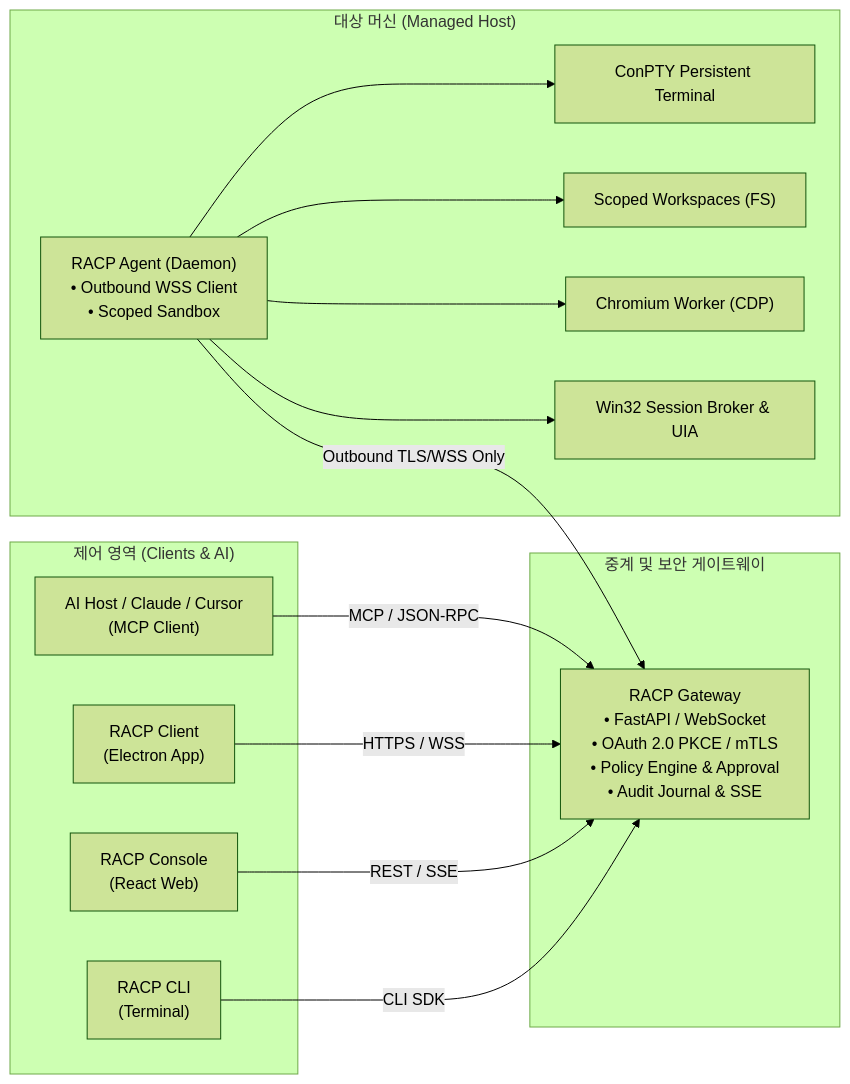
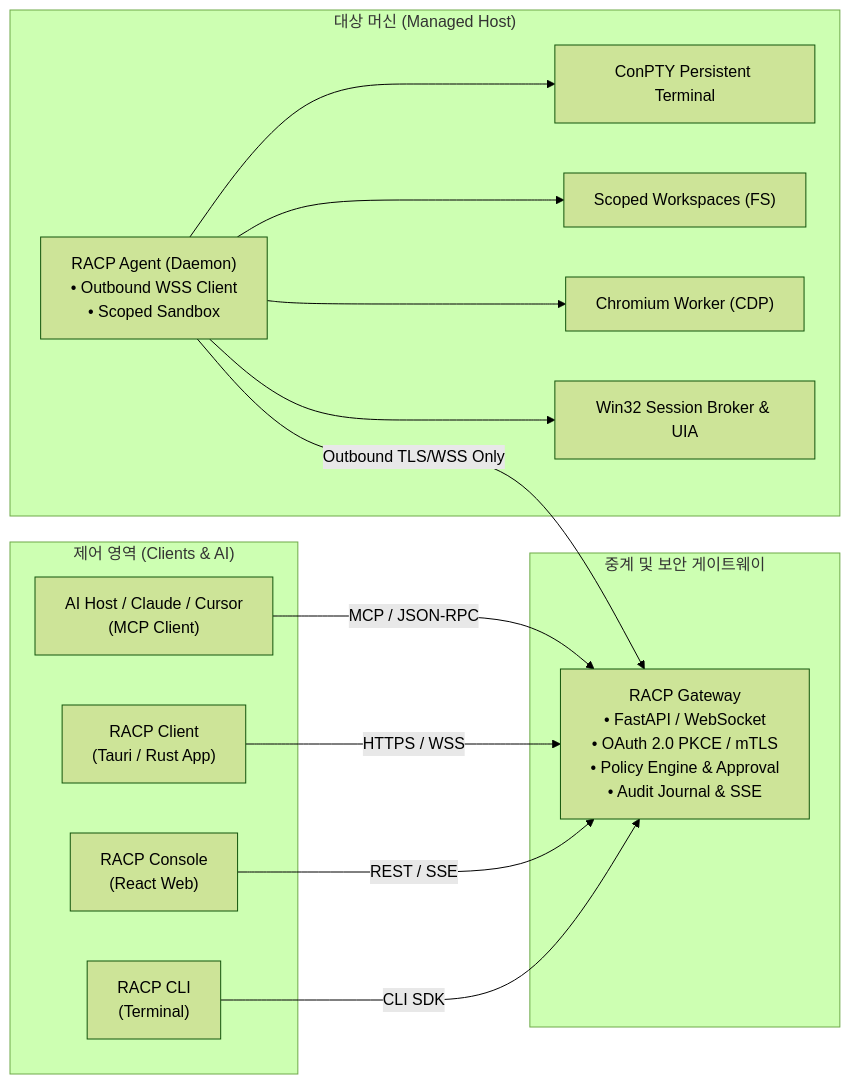
One commit to tlsdbcjs/Remote-Desktop-Commander changed the diagram in README.md. Above: the diagram before and after it, drawn with Mermaid (forest theme). The commit also changed other lines of this file and 205 other files, not shown here.

Commit message:
refactor(client): retire Python Agent and Electron runtime after Rust migration

````diff
--- a/README.md
+++ b/README.md
@@ -57,32 +58,32 @@
 ```mermaid
 flowchart LR
     subgraph ControlPlane["제어 영역 (Clients & AI)"]
         AI["AI Host / Claude / Cursor<br/>(MCP Client)"]
-        GUI["RACP Client<br/>(Electron App)"]
+        GUI["RACP Client<br/>(Tauri / Rust App)"]
         WEB["RACP Console<br/>(React Web)"]
         CLI["RACP CLI<br/>(Terminal)"]
     end
 
     subgraph GatewayPlane["중계 및 보안 게이트웨이"]
         GW["RACP Gateway<br/>• FastAPI / WebSocket<br/>• OAuth 2.0 PKCE / mTLS<br/>• Policy Engine & Approval<br/>• Audit Journal & SSE"]
     end
 
     subgraph TargetPlane["대상 머신 (Managed Host)"]
         AGT["RACP Agent (Daemon)<br/>• Outbound WSS Client<br/>• Scoped Sandbox"]
         PTY["ConPTY Persistent Terminal"]
         FS["Scoped Workspaces (FS)"]
         BRW["Chromium Worker (CDP)"]
         BRK["Win32 Session Broker & UIA"]
     end
 
     AI -->|MCP / JSON-RPC| GW
     GUI -->|HTTPS / WSS| GW
     WEB -->|REST / SSE| GW
     CLI -->|CLI SDK| GW
 
     AGT -->|Outbound TLS/WSS Only| GW
     AGT --> PTY
     AGT --> FS
     AGT --> BRW
     AGT --> BRK
 ```
````
